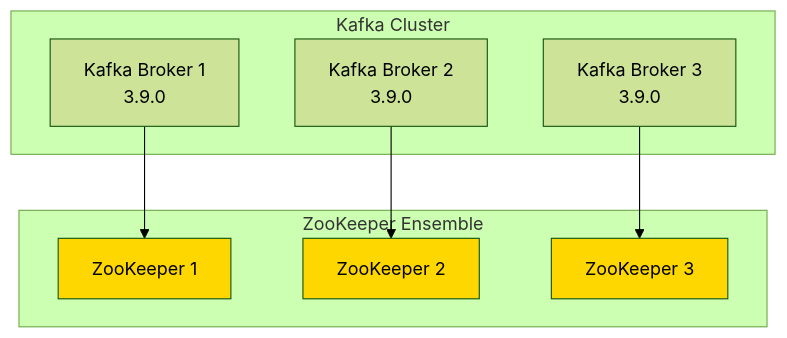
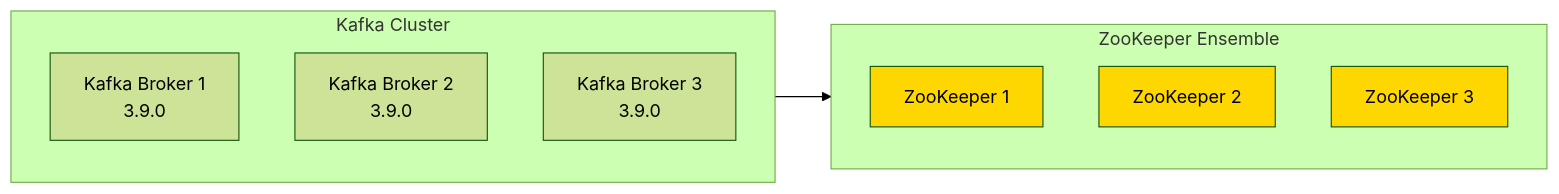
Before and after one commit to Saliha067/Saliha067.github.io: the second of 3 diagrams in content/posts/kafka-zk-to-kraft-migration.md, drawn with Mermaid (forest theme). The commit also changed other lines of this file, not shown here.

Commit message:
updated diagram

```diff
--- a/content/posts/kafka-zk-to-kraft-migration.md
+++ b/content/posts/kafka-zk-to-kraft-migration.md
@@ -109,22 +109,20 @@
 {{< mermaid >}}
-graph TB
+graph LR
+    subgraph Kafka["Kafka Cluster"]
+        K1[Kafka Broker 1<br/>3.9.0]
+        K2[Kafka Broker 2<br/>3.9.0]
+        K3[Kafka Broker 3<br/>3.9.0]
+    end
+    
     subgraph ZooKeeper["ZooKeeper Ensemble"]
         ZK1[ZooKeeper 1]
         ZK2[ZooKeeper 2]
         ZK3[ZooKeeper 3]
     end
     
-    subgraph Kafka["Kafka Cluster"]
-        K1[Kafka Broker 1<br/>3.9.0]
-        K2[Kafka Broker 2<br/>3.9.0]
-        K3[Kafka Broker 3<br/>3.9.0]
-    end
-    
-    K1 --> ZK1
-    K2 --> ZK2
-    K3 --> ZK3
+    Kafka --> ZooKeeper
     
     style ZK1 fill:#ffd700
     style ZK2 fill:#ffd700
     style ZK3 fill:#ffd700
 {{< /mermaid >}}
```
